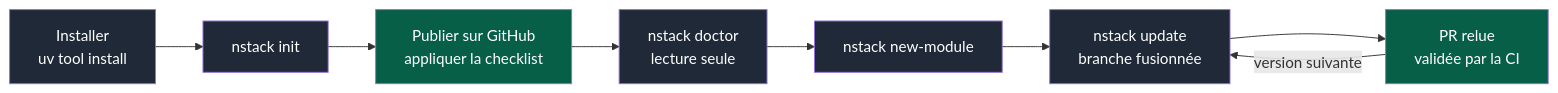
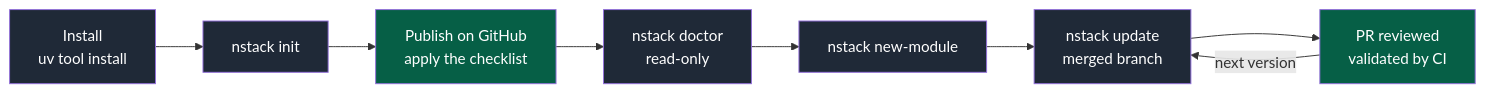
One commit to NapkinStack/engineering-os changed the first of 2 diagrams in docs/pdr/0001-create-a-project-and-receive-updates.md. Above: the diagram before and after it, drawn with Mermaid. The commit also changed other lines of this file and 2 other files, not shown here.

````diff
--- a/docs/pdr/0001-create-a-project-and-receive-updates.md
+++ b/docs/pdr/0001-create-a-project-and-receive-updates.md
@@ -74,13 +73,13 @@
 ```mermaid
 flowchart LR
-    I["Installer<br/>uv tool install"]:::cmd --> N["nstack init"]:::cmd
-    N --> G["Publier sur GitHub<br/>appliquer la checklist"]:::humain
-    G --> D["nstack doctor<br/>lecture seule"]:::cmd
+    I["Install<br/>uv tool install"]:::cmd --> N["nstack init"]:::cmd
+    N --> G["Publish on GitHub<br/>apply the checklist"]:::human
+    G --> D["nstack doctor<br/>read-only"]:::cmd
     D --> M["nstack new-module"]:::cmd
-    M --> U["nstack update<br/>branche fusionnée"]:::cmd
-    U --> P["PR relue<br/>validée par la CI"]:::humain
-    P -->|"version suivante"| U
+    M --> U["nstack update<br/>merged branch"]:::cmd
+    U --> P["PR reviewed<br/>validated by CI"]:::human
+    P -->|"next version"| U
 
     classDef cmd fill:#1f2937,color:#fff
-    classDef humain fill:#065f46,color:#fff
+    classDef human fill:#065f46,color:#fff
 ```
````
